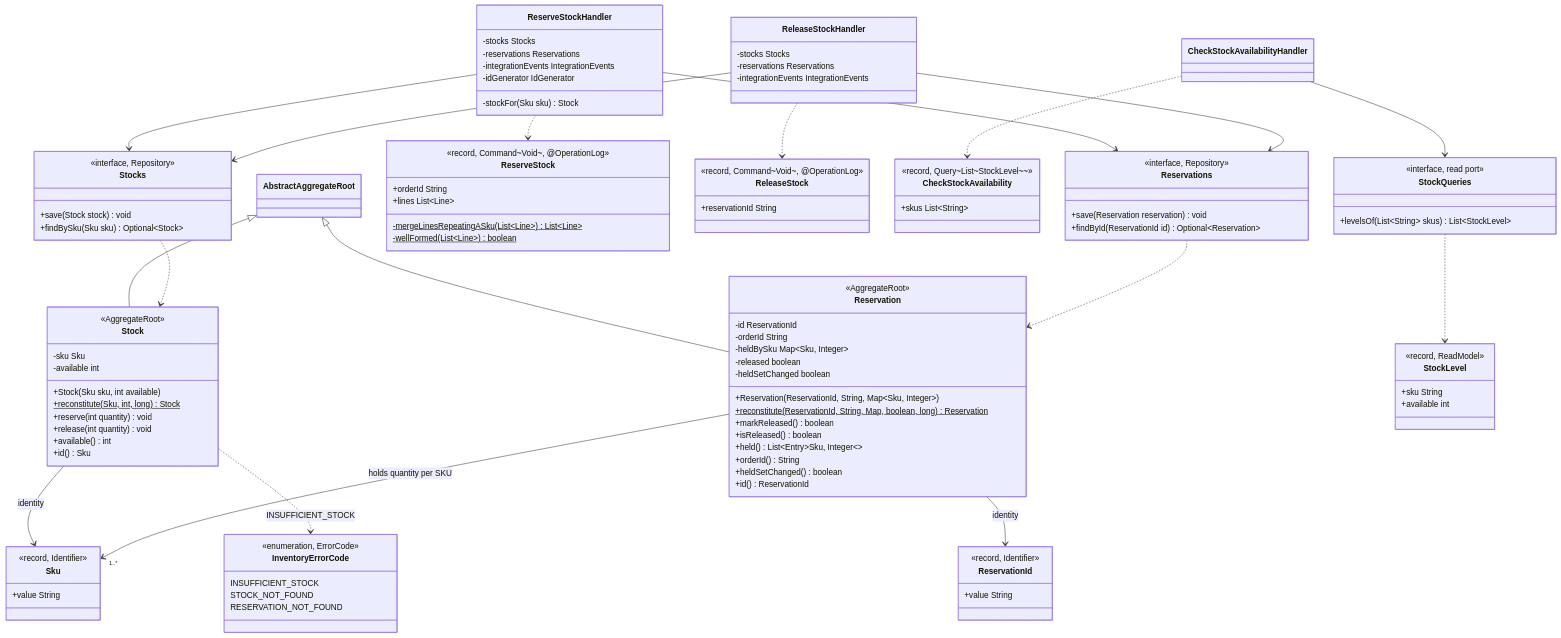
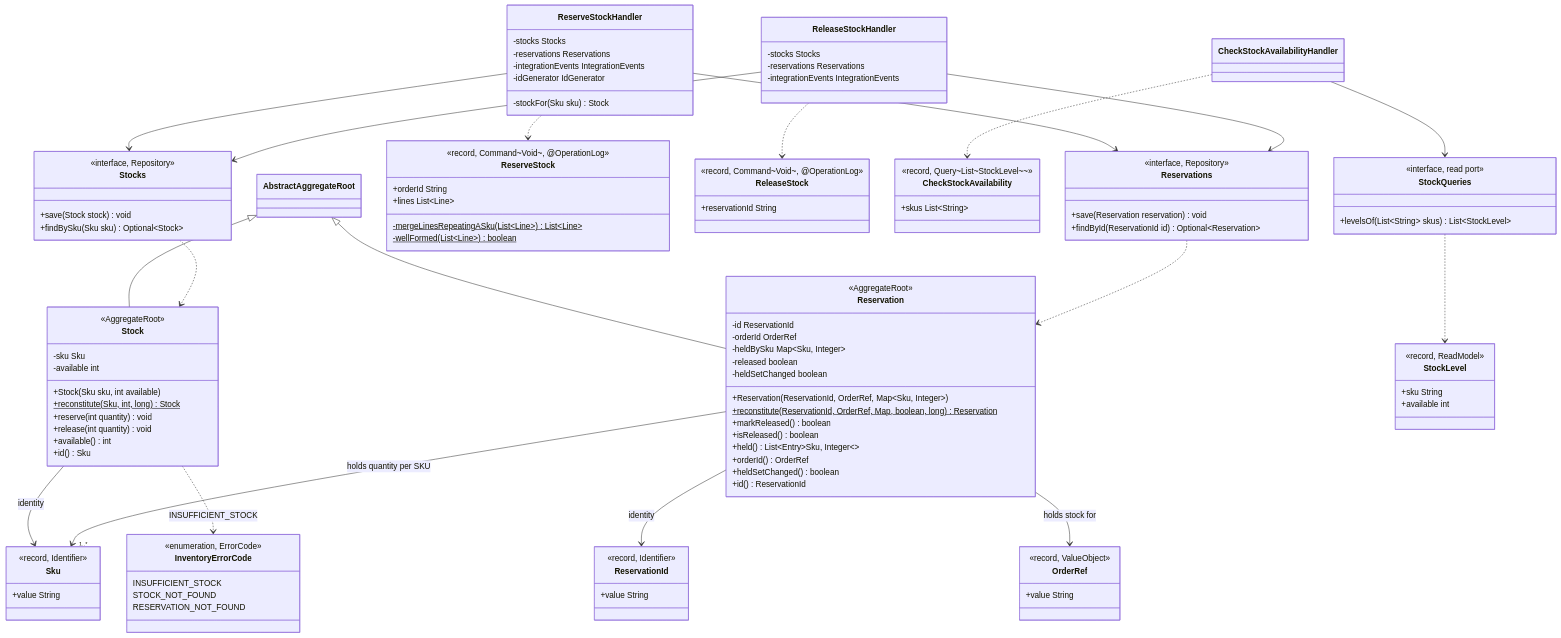
Before and after one commit to ryan-alexander-zhang/ai-native-project-template: the sixth of 9 diagrams in aipersimmon-ddd-scaffold/multi-module/docs/class-diagram.md, drawn with Mermaid. The commit also changed other lines of this file and 5 other files, not shown here.

```diff
--- a/aipersimmon-ddd-scaffold/multi-module/docs/class-diagram.md
+++ b/aipersimmon-ddd-scaffold/multi-module/docs/class-diagram.md
@@ -748,16 +764,16 @@
     class Reservation {
         <<AggregateRoot>>
         -id ReservationId
-        -orderId String
+        -orderId OrderRef
         -heldBySku Map~Sku, Integer~
         -released boolean
         -heldSetChanged boolean
-        +Reservation(ReservationId, String, Map~Sku, Integer~)
-        +reconstitute(ReservationId, String, Map, boolean, long) Reservation $
+        +Reservation(ReservationId, OrderRef, Map~Sku, Integer~)
+        +reconstitute(ReservationId, OrderRef, Map, boolean, long) Reservation $
         +markReleased() boolean
         +isReleased() boolean
         +held() List~Entry~Sku, Integer~~
-        +orderId() String
+        +orderId() OrderRef
         +heldSetChanged() boolean
         +id() ReservationId
     }
@@ -767,6 +783,10 @@
     }
     class ReservationId {
         <<record, Identifier>>
+        +value String
+    }
+    class OrderRef {
+        <<record, ValueObject>>
         +value String
     }
     class Stocks {
@@ -827,6 +847,7 @@
     AbstractAggregateRoot <|-- Reservation
     Stock --> Sku : identity
     Reservation --> ReservationId : identity
+    Reservation --> OrderRef : holds stock for
     Reservation --> "1..*" Sku : holds quantity per SKU
     Stocks ..> Stock
     Reservations ..> Reservation
```
